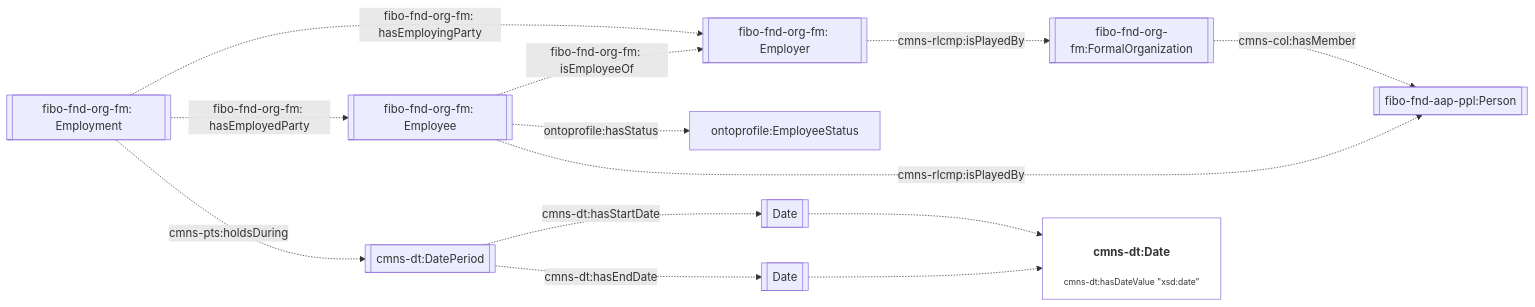
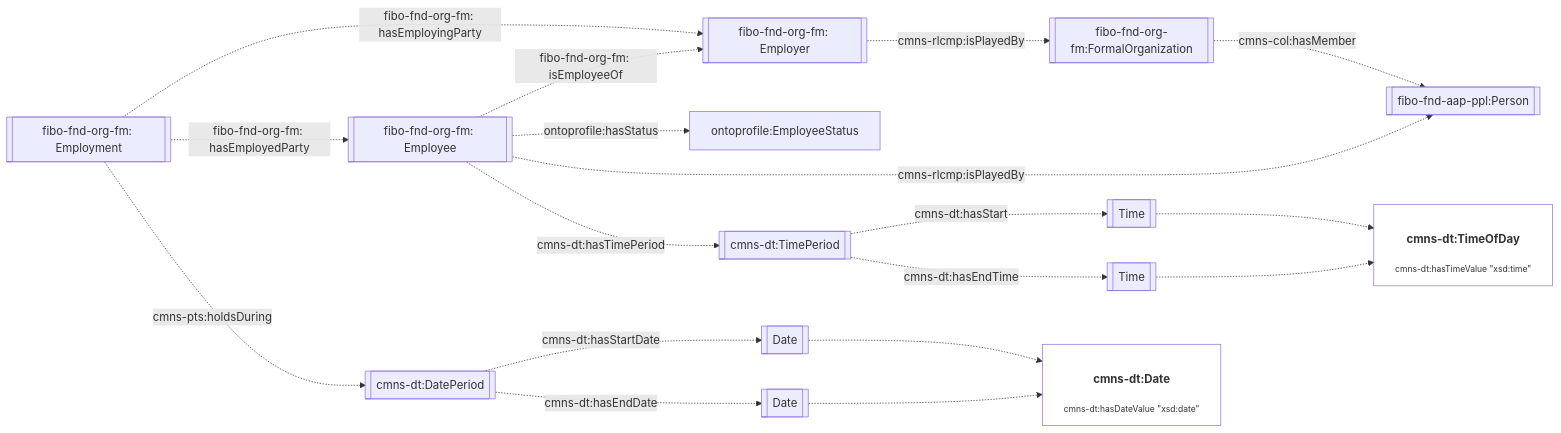
The fifth of 7 diagrams in JPS_Ontology/ontology/ontoprofile/README.MD (cambridge-cares/TheWorldAvatar), drawn with Mermaid before and after one commit. The commit also changed other lines of this file and 6 other files, not shown here.

````diff
--- a/JPS_Ontology/ontology/ontoprofile/README.MD
+++ b/JPS_Ontology/ontology/ontoprofile/README.MD
@@ -153,20 +153,26 @@
 ```mermaid
 flowchart LR
     %% Styling
     classDef literal fill:none
 
     %% Contents
     Employment[[fibo-fnd-org-fm: Employment]] -. fibo-fnd-org-fm: hasEmployingParty .-> Employer[[fibo-fnd-org-fm: Employer]]
-    Employment[[fibo-fnd-org-fm: Employment]] -. fibo-fnd-org-fm: hasEmployedParty .-> Employee[[fibo-fnd-org-fm: Employee]]
-    Employment[[fibo-fnd-org-fm: Employment]] -. cmns-pts:holdsDuring .-> DatePeriod[[cmns-dt:DatePeriod]]
+    Employment -. fibo-fnd-org-fm: hasEmployedParty .-> Employee[[fibo-fnd-org-fm: Employee]]
+    Employment -. cmns-pts:holdsDuring .-> DatePeriod[[cmns-dt:DatePeriod]]
     DatePeriod -. cmns-dt:hasStartDate .-> StartDate[[Date]]
     DatePeriod -. cmns-dt:hasEndDate .-> EndDate[[Date]]
     StartDate -.-> Date["<h4>cmns-dt:Date</h4><p style='font-size:0.75rem;'>cmns-dt:hasDateValue &quot;xsd:date&quot;</p>"]:::literal
     EndDate -.-> Date
 
     Employee -. fibo-fnd-org-fm: isEmployeeOf .-> Employer
     Employee -. ontoprofile:hasStatus .-> ontoprofile:EmployeeStatus
     Employer -. cmns-rlcmp:isPlayedBy .-> Org[[fibo-fnd-org-fm:FormalOrganization]]
     Employee -. cmns-rlcmp:isPlayedBy .-> Person[[fibo-fnd-aap-ppl:Person]]
     Org -. cmns-col:hasMember .-> Person
+
+    Employee -. cmns-dt:hasTimePeriod .-> TimePeriod[[cmns-dt:TimePeriod]]
+    TimePeriod -. cmns-dt:hasStart .-> StartTime[[Time]]
+    TimePeriod -. cmns-dt:hasEndTime .-> EndTime[[Time]]
+    StartTime -.-> Time["<h4>cmns-dt:TimeOfDay</h4><p style='font-size:0.75rem;'>cmns-dt:hasTimeValue &quot;xsd:time&quot;</p>"]:::literal
+    EndTime -.-> Time
 ```
````
